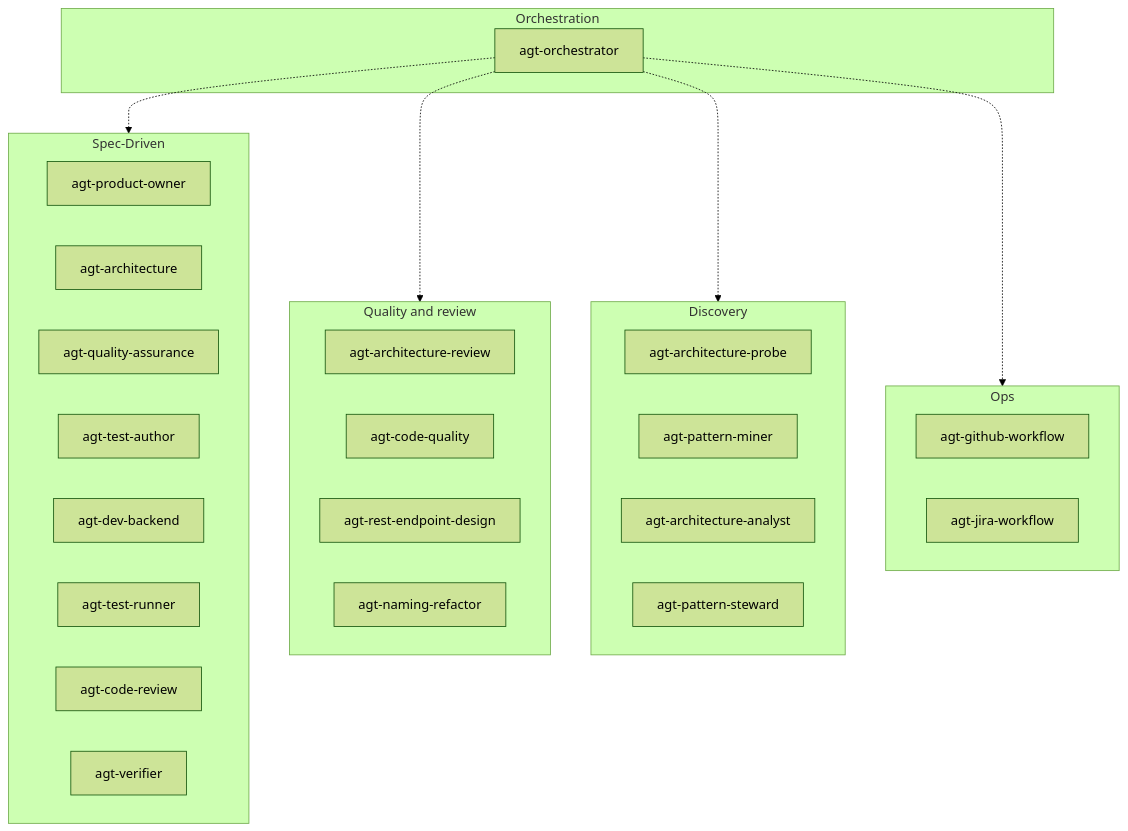
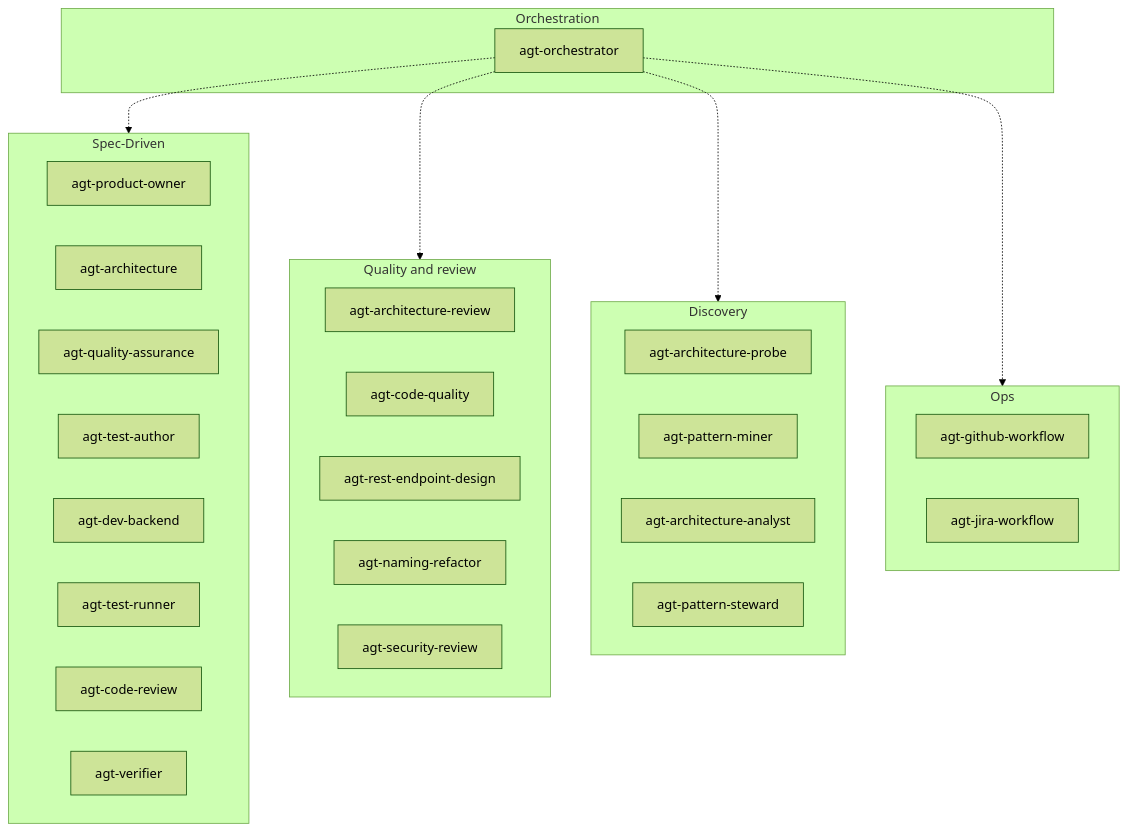
Before and after one commit to beardjs/ai-backend-kit: the fifth of 5 diagrams in README.md, drawn with Mermaid (forest theme). The commit also changed other lines of this file and 1 other file, not shown here.

First line of the commit message:
docs: index the security suite and update the changelog

````diff
--- a/README.md
+++ b/README.md
@@ -331,41 +333,42 @@
 ```mermaid
 flowchart TB
   subgraph orch [Orchestration]
     OrchNode[agt-orchestrator]
   end
 
   subgraph sdd [Spec-Driven]
     PO2[agt-product-owner]
     Arch2[agt-architecture]
     QA2[agt-quality-assurance]
     TA2[agt-test-author]
     Dev2[agt-dev-backend]
     TR2[agt-test-runner]
     CR2[agt-code-review]
     V2[agt-verifier]
   end
 
   subgraph quality [Quality and review]
     AR2[agt-architecture-review]
     CQ2[agt-code-quality]
     REST[agt-rest-endpoint-design]
     Name[agt-naming-refactor]
+    Sec[agt-security-review]
   end
 
   subgraph discovery [Discovery]
     Probe2[agt-architecture-probe]
     Miner2[agt-pattern-miner]
     Analyst2[agt-architecture-analyst]
     Steward2[agt-pattern-steward]
   end
 
   subgraph ops [Ops]
     GH2[agt-github-workflow]
     Jira[agt-jira-workflow]
   end
 
   OrchNode -.-> sdd
   OrchNode -.-> quality
   OrchNode -.-> discovery
   OrchNode -.-> ops
 ```
````
